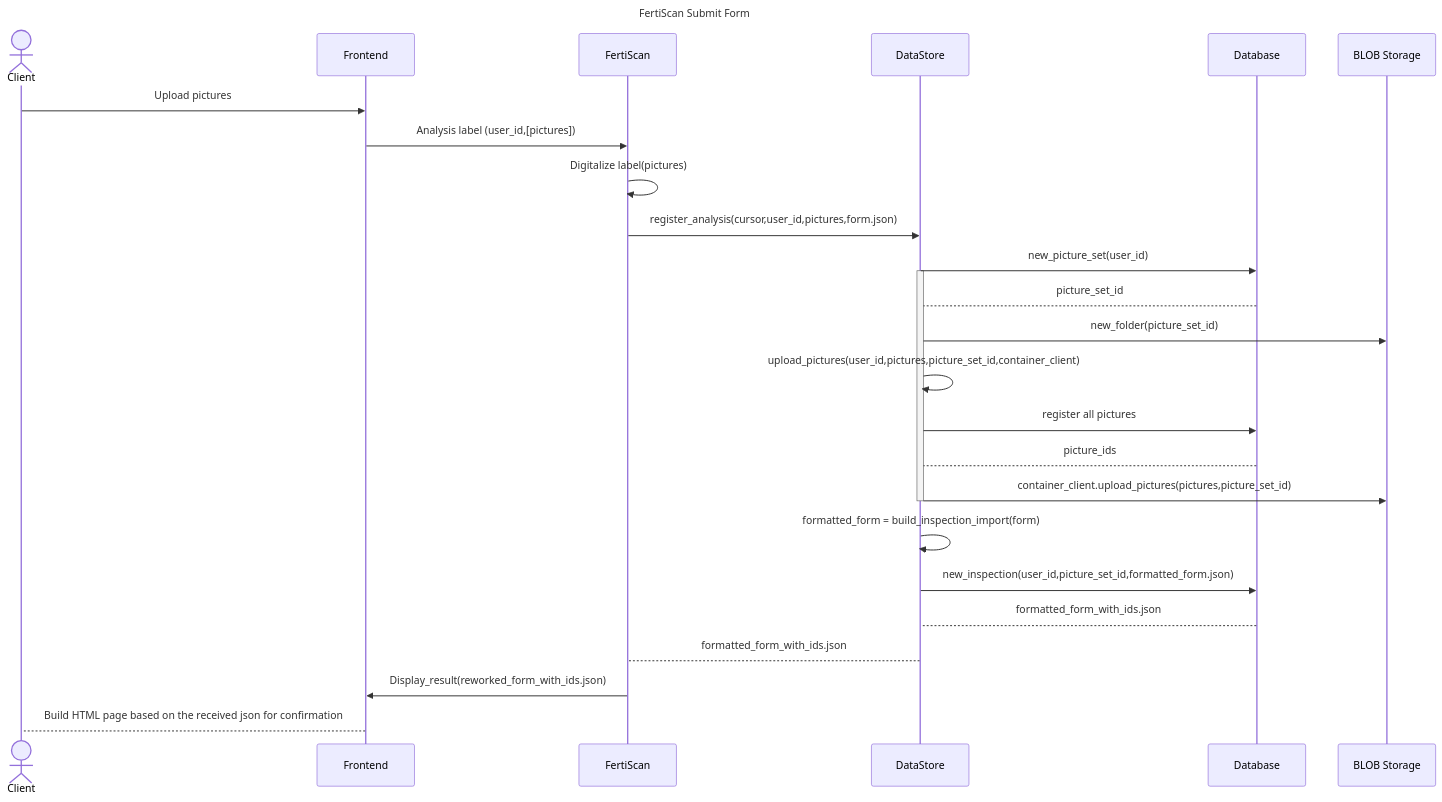
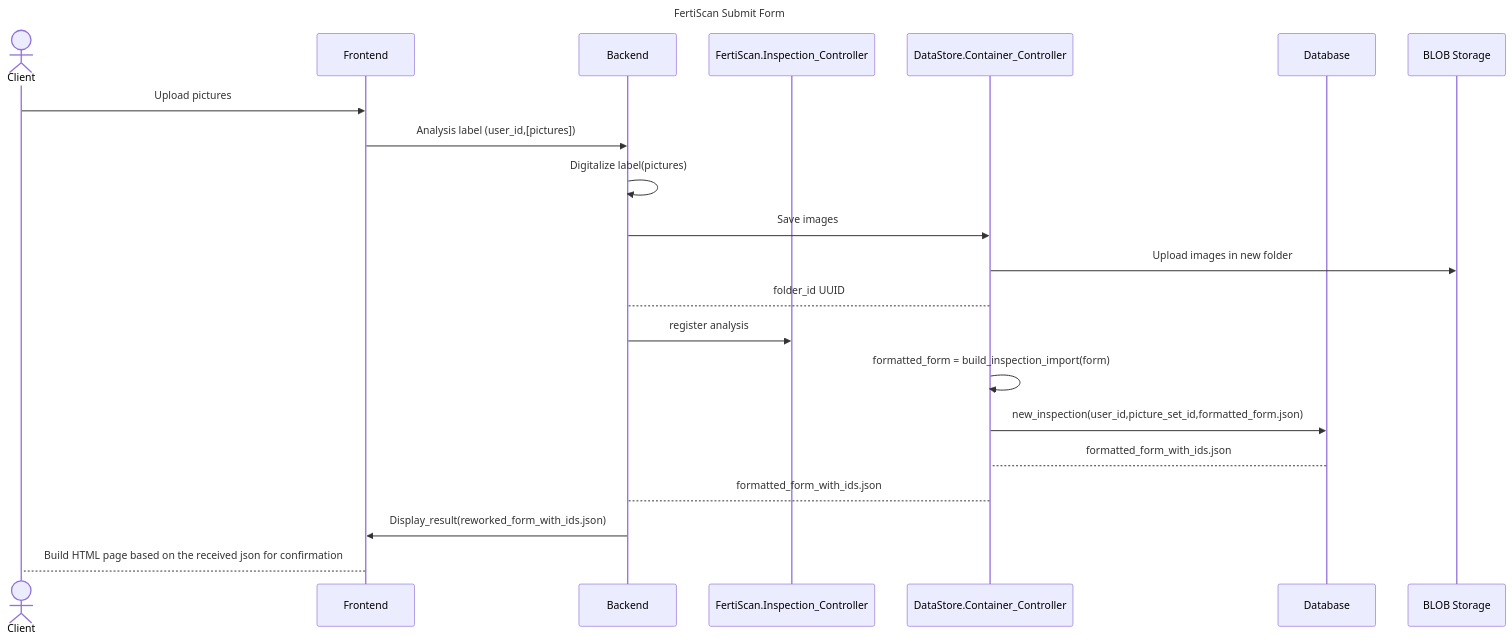
One commit to ai-cfia/ailab-datastore changed the second of 3 diagrams in fertiscan/doc/new-inspection.md. Above: the diagram before and after it, drawn with Mermaid. The commit also changed 1 other file, not shown here.

Commit message:
Issue #229: Inspection_Controller

````diff
--- a/fertiscan/doc/new-inspection.md
+++ b/fertiscan/doc/new-inspection.md
@@ -224,33 +224,28 @@
 ```mermaid
 sequenceDiagram
     title FertiScan Submit Form
     actor C as Client
     participant FE as Frontend
-    participant BE as FertiScan
-    participant DS as DataStore
+    participant BE as Backend
+    participant FS as FertiScan.Inspection_Controller
+    participant DS as DataStore.Container_Controller
     participant DB as Database
     participant blob as BLOB Storage
 
     C ->> FE: Upload pictures
     FE ->> BE: Analysis label (user_id,[pictures])
     BE ->> BE: Digitalize label(pictures)
-    BE ->> DS: register_analysis(cursor,user_id,pictures,form.json)
+    BE ->> DS: Save images
+    DS ->> blob: Upload images in new folder
+    DS --> BE: folder_id UUID
     
-    DS ->> DB: new_picture_set(user_id)
-    activate DS
-    DB --> DS: picture_set_id
-    DS ->>blob: new_folder(picture_set_id)
-    DS ->> DS: upload_pictures(user_id,pictures,picture_set_id,container_client)
-    DS ->> DB: register all pictures
-    DB --> DS: picture_ids
-    DS ->> blob: container_client.upload_pictures(pictures,picture_set_id)
-    deactivate DS
+    BE ->> FS: register analysis
     DS ->> DS: formatted_form = build_inspection_import(form)
     DS ->> DB: new_inspection(user_id,picture_set_id,formatted_form.json)
     DB --> DS: formatted_form_with_ids.json
 
     DS --> BE: formatted_form_with_ids.json
     BE ->> FE: Display_result(reworked_form_with_ids.json)
     FE --> C: Build HTML page based on the received json for confirmation
 
 ```
````
